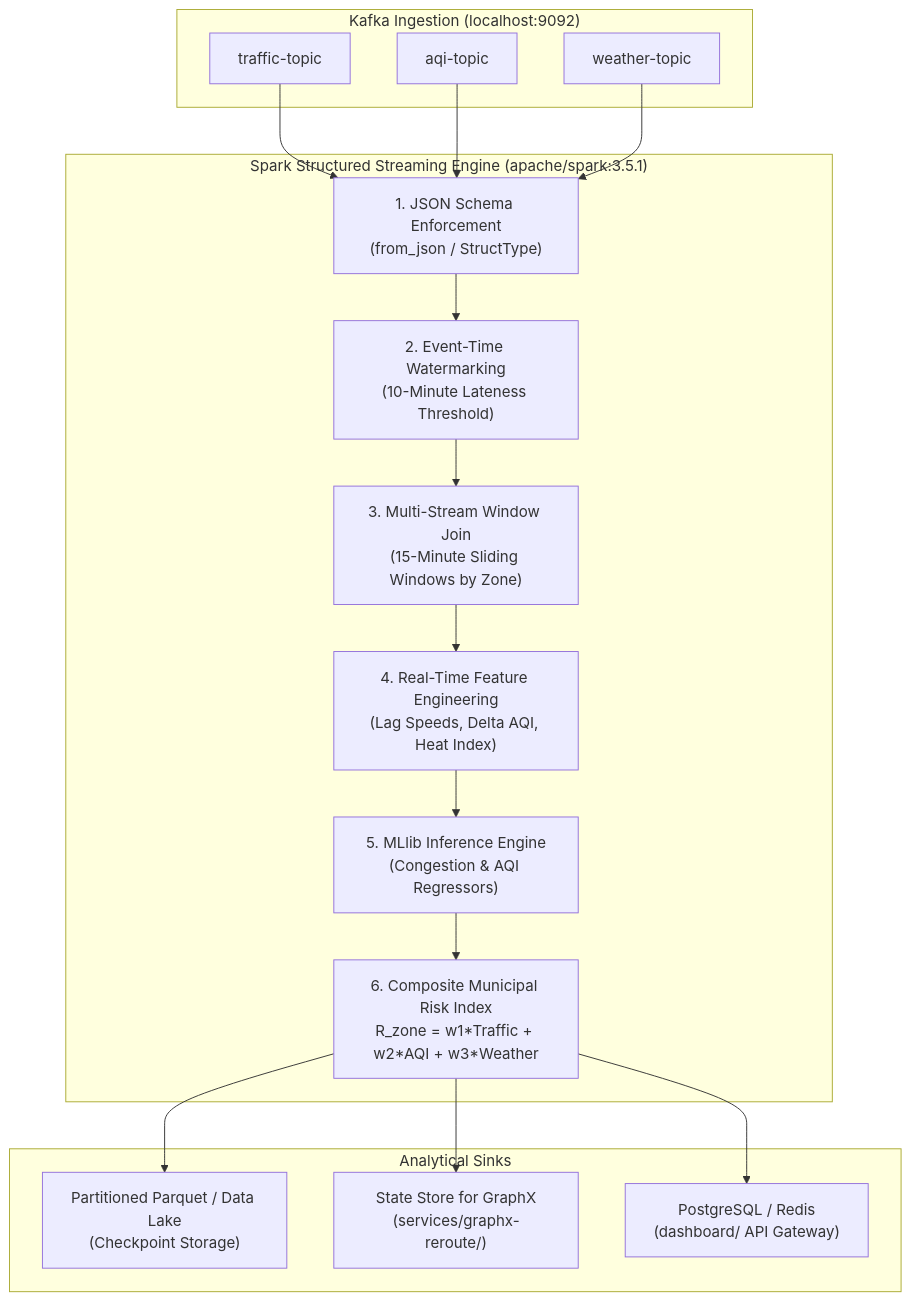
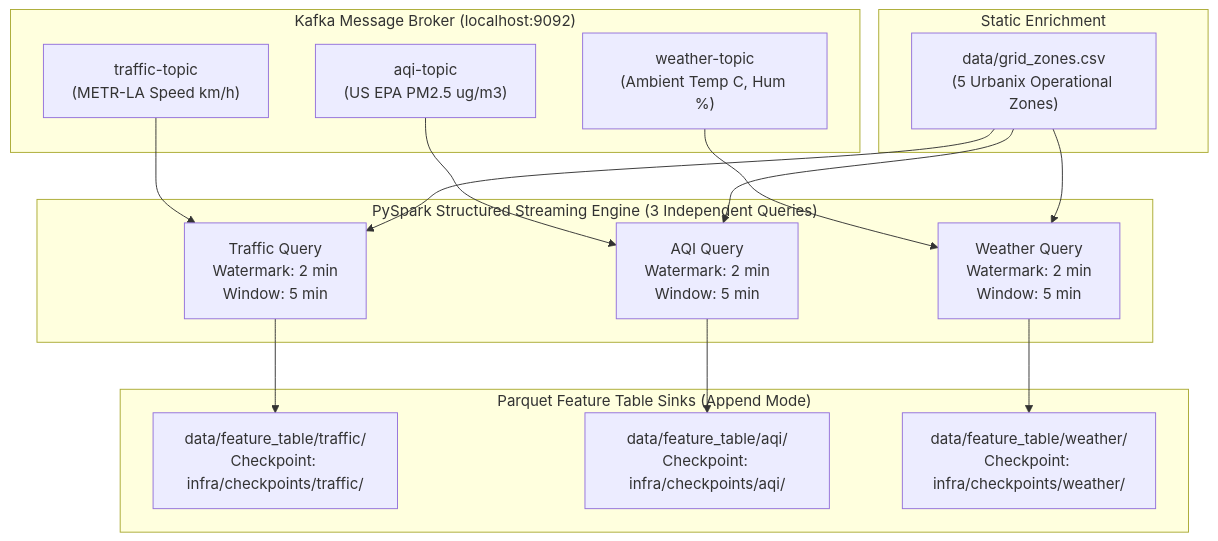
One commit to charan21042005/urbanix changed the diagram in services/streaming/README.md. Above: the diagram before and after it, drawn with Mermaid. The commit also changed other lines of this file and 10 other files, not shown here.

````diff
--- a/services/streaming/README.md
+++ b/services/streaming/README.md
@@ -15,40 +15,40 @@
 ```mermaid
 graph TD
     %% Ingestion Layer
-    subgraph "Kafka Ingestion (localhost:9092)"
-        T_KAFKA["traffic-topic"]
-        A_KAFKA["aqi-topic"]
-        W_KAFKA["weather-topic"]
+    subgraph "Kafka Message Broker (localhost:9092)"
+        T_KAFKA["traffic-topic<br>(METR-LA Speed km/h)"]
+        A_KAFKA["aqi-topic<br>(US EPA PM2.5 ug/m3)"]
+        W_KAFKA["weather-topic<br>(Ambient Temp C, Hum %)"]
     end
 
     %% Spark Structured Streaming
-    subgraph "Spark Structured Streaming Engine (apache/spark:3.5.1)"
-        SCHEMA["1. JSON Schema Enforcement<br>(from_json / StructType)"]
-        WM["2. Event-Time Watermarking<br>(10-Minute Lateness Threshold)"]
-        JOIN["3. Multi-Stream Window Join<br>(15-Minute Sliding Windows by Zone)"]
-        FEAT["4. Real-Time Feature Engineering<br>(Lag Speeds, Delta AQI, Heat Index)"]
-        ML["5. MLlib Inference Engine<br>(Congestion & AQI Regressors)"]
-        RISK["6. Composite Municipal Risk Index<br>R_zone = w1*Traffic + w2*AQI + w3*Weather"]
+    subgraph "PySpark Structured Streaming Engine (3 Independent Queries)"
+        T_STREAM["Traffic Query<br>Watermark: 2 min<br>Window: 5 min"]
+        A_STREAM["AQI Query<br>Watermark: 2 min<br>Window: 5 min"]
+        W_STREAM["Weather Query<br>Watermark: 2 min<br>Window: 5 min"]
     end
 
-    %% Sink Outputs
-    subgraph "Analytical Sinks"
-        SINK_PARQUET["Partitioned Parquet / Data Lake<br>(Checkpoint Storage)"]
-        SINK_GRAPHX["State Store for GraphX<br>(services/graphx-reroute/)"]
-        SINK_DASH["PostgreSQL / Redis<br>(dashboard/ API Gateway)"]
+    %% Static Lookup
+    subgraph "Static Enrichment"
+        ZONES["data/grid_zones.csv<br>(5 Urbanix Operational Zones)"]
     end
 
-    T_KAFKA --> SCHEMA
-    A_KAFKA --> SCHEMA
-    W_KAFKA --> SCHEMA
+    %% Sinks
+    subgraph "Parquet Feature Table Sinks (Append Mode)"
+        P_TRAFFIC["data/feature_table/traffic/<br>Checkpoint: infra/checkpoints/traffic/"]
+        P_AQI["data/feature_table/aqi/<br>Checkpoint: infra/checkpoints/aqi/"]
+        P_WEATHER["data/feature_table/weather/<br>Checkpoint: infra/checkpoints/weather/"]
+    end
 
-    SCHEMA --> WM
-    WM --> JOIN
-    JOIN --> FEAT
-    FEAT --> ML
-    ML --> RISK
+    T_KAFKA --> T_STREAM
+    A_KAFKA --> A_STREAM
+    W_KAFKA --> W_STREAM
 
-    RISK --> SINK_PARQUET
-    RISK --> SINK_GRAPHX
-    RISK --> SINK_DASH
+    ZONES --> T_STREAM
+    ZONES --> A_STREAM
+    ZONES --> W_STREAM
+
+    T_STREAM --> P_TRAFFIC
+    A_STREAM --> P_AQI
+    W_STREAM --> P_WEATHER
 ```
````
